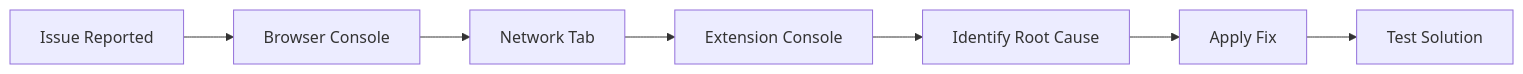
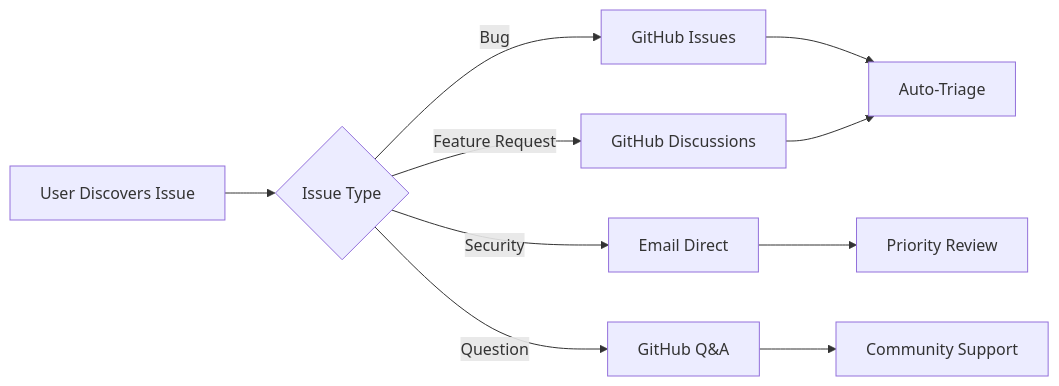
Before and after one commit to md4nas/yt-OCR-extension: the seventh of 7 diagrams in yt-ocr-backend/ISSUES.md, drawn with Mermaid. The commit also changed other lines of this file and 6 other files, not shown here.

````diff
--- a/yt-ocr-backend/ISSUES.md
+++ b/yt-ocr-backend/ISSUES.md
@@ -528,9 +391,13 @@
 ```mermaid
 flowchart LR
-    A[Issue Reported] --> B[Browser Console]
-    B --> C[Network Tab]
-    C --> D[Extension Console]
-    D --> E[Identify Root Cause]
-    E --> F[Apply Fix]
-    F --> G[Test Solution]
+    A[User Discovers Issue] --> B{Issue Type}
+    B -->|Bug| C[GitHub Issues]
+    B -->|Feature Request| D[GitHub Discussions]
+    B -->|Security| E[Email Direct]
+    B -->|Question| F[GitHub Q&A]
+    
+    C --> G[Auto-Triage]
+    D --> G
+    E --> H[Priority Review]
+    F --> I[Community Support]
 ```
````
